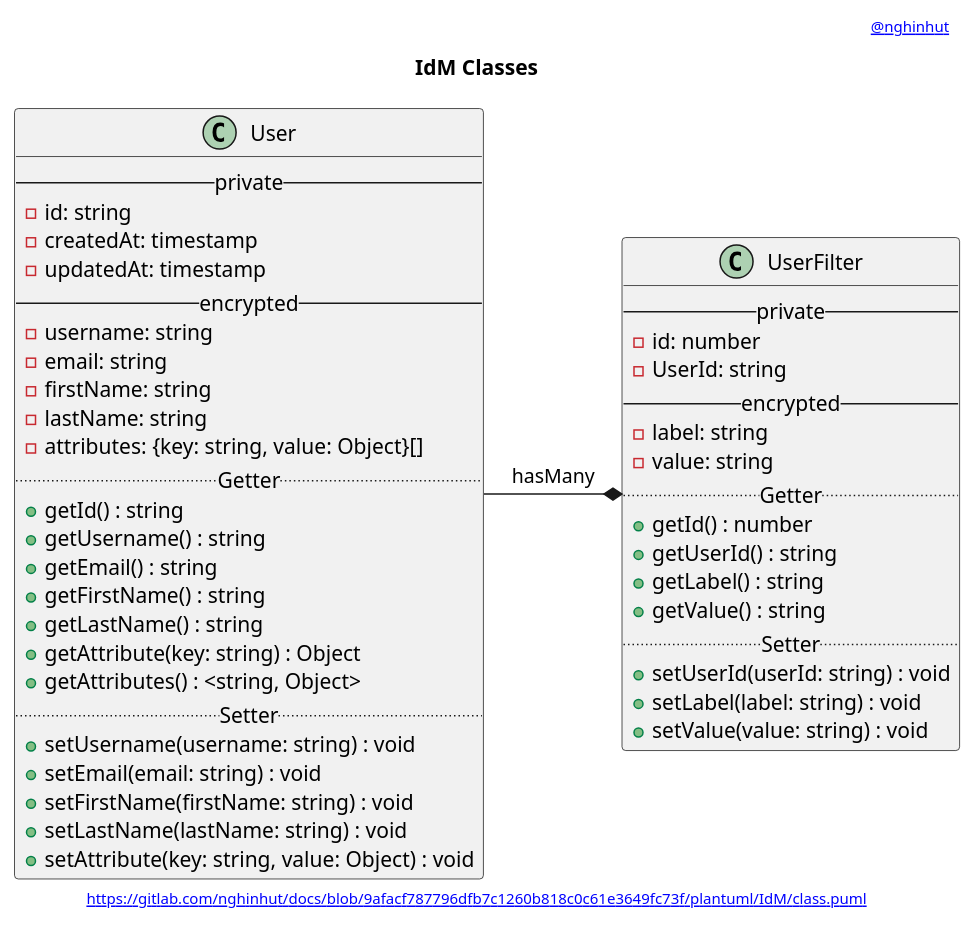
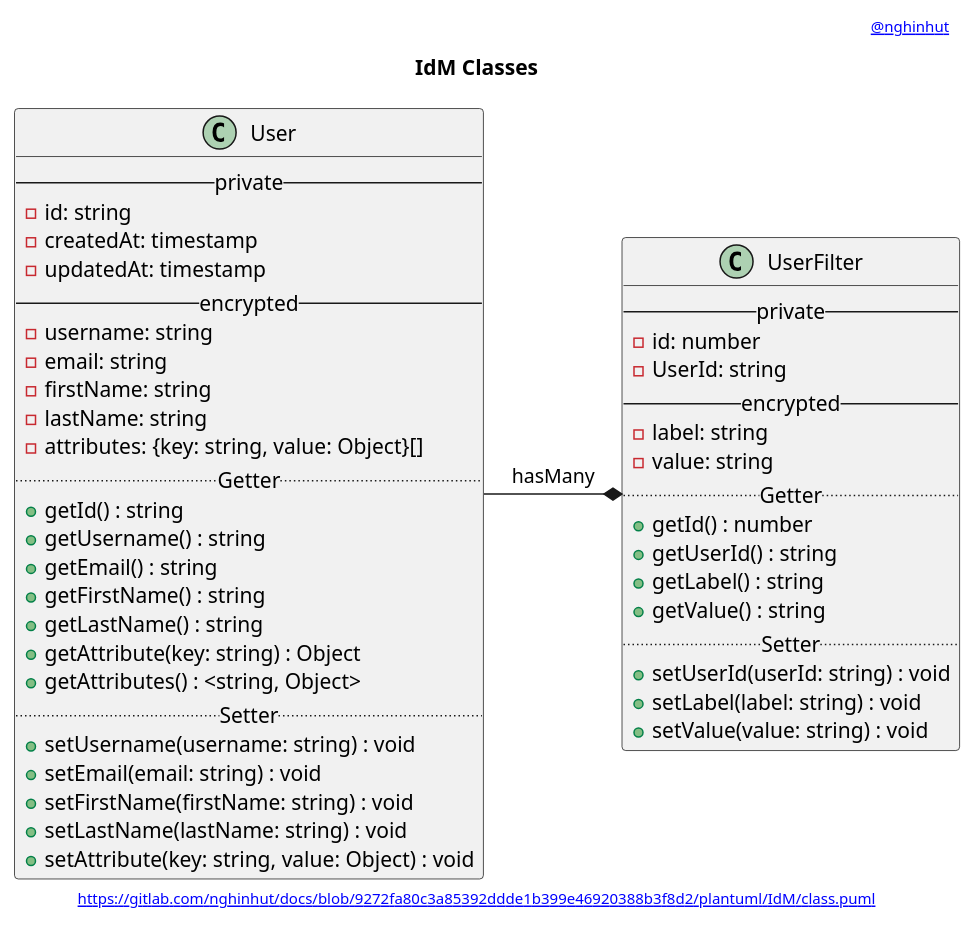
One commit to nghinhut/docs changed the diagram in plantuml/IdM/class.puml. Above: the diagram before and after it, drawn with PlantUML. The commit also changed 25 other files, not shown here.

```diff
--- a/plantuml/IdM/class.puml
+++ b/plantuml/IdM/class.puml
@@ -1,56 +1,56 @@
 @startuml
 '-----START auto generated metadata please keep comment here to allow auto update-----
 '-----DON'T EDIT THIS SECTION, INSTEAD RE-RUN prebuild.sh TO UPDATE-----
-header [[https://www.nghinhut.dev?from=http%5C%3A%5C%2F%5C%2Fwww%5C.plantuml%5C.com%5C%2Fplantuml%5C%2Fproxy%3Ffmt%3Dsvg%5C%26src%3Dhttps%5C%3A%5C%2F%5C%2Fgitlab%5C.com%5C%2Fnghinhut%5C%2Fdocs%5C%2Fraw%5C%2F9afacf787796dfb7c1260b818c0c61e3649fc73f%5C%2Fplantuml%5C%2FIdM%5C%2Fclass%5C.puml%0A @nghinhut]]
-footer [[http://www.plantuml.com/plantuml/proxy?fmt=svg&src=https://gitlab.com/nghinhut/docs/raw/9afacf787796dfb7c1260b818c0c61e3649fc73f/plantuml/IdM/class.puml https://gitlab.com/nghinhut/docs/blob/9afacf787796dfb7c1260b818c0c61e3649fc73f/plantuml/IdM/class.puml]]
+header [[https://www.nghinhut.dev?from=http%5C%3A%5C%2F%5C%2Fwww%5C.plantuml%5C.com%5C%2Fplantuml%5C%2Fproxy%3Ffmt%3Dsvg%5C%26src%3Dhttps%5C%3A%5C%2F%5C%2Fgitlab%5C.com%5C%2Fnghinhut%5C%2Fdocs%5C%2Fraw%5C%2F9272fa80c3a85392ddde1b399e46920388b3f8d2%5C%2Fplantuml%5C%2FIdM%5C%2Fclass%5C.puml%0A @nghinhut]]
+footer [[http://www.plantuml.com/plantuml/proxy?fmt=svg&src=https://gitlab.com/nghinhut/docs/raw/9272fa80c3a85392ddde1b399e46920388b3f8d2/plantuml/IdM/class.puml https://gitlab.com/nghinhut/docs/blob/9272fa80c3a85392ddde1b399e46920388b3f8d2/plantuml/IdM/class.puml]]
 '-----END auto generated metadata please keep comment here to allow auto update-----
 title IdM Classes
 
 class "User" as user {
     -- private --
     - id: string
     - createdAt: timestamp
     - updatedAt: timestamp
     -- encrypted --
     - username: string
     - email: string
     - firstName: string
     - lastName: string
     - attributes: {key: string, value: Object}[]
     .. Getter ..
     + getId() : string
     + getUsername() : string
     + getEmail() : string
     + getFirstName() : string
     + getLastName() : string
     + getAttribute(key: string) : Object
     + getAttributes() : <string, Object>
     .. Setter ..
     + setUsername(username: string) : void
     + setEmail(email: string) : void
     + setFirstName(firstName: string) : void
     + setLastName(lastName: string) : void
     + setAttribute(key: string, value: Object) : void
 }
 
 class "UserFilter" as user_filter {
     -- private --
     - id: number
     - UserId: string
     -- encrypted --
     - label: string
     - value: string
     .. Getter ..
     + getId() : number
     + getUserId() : string
     + getLabel() : string
     + getValue() : string
     .. Setter ..
     + setUserId(userId: string) : void
     + setLabel(label: string) : void
     + setValue(value: string) : void
 }
 
 user -* user_filter : hasMany
 
 @enduml
```
